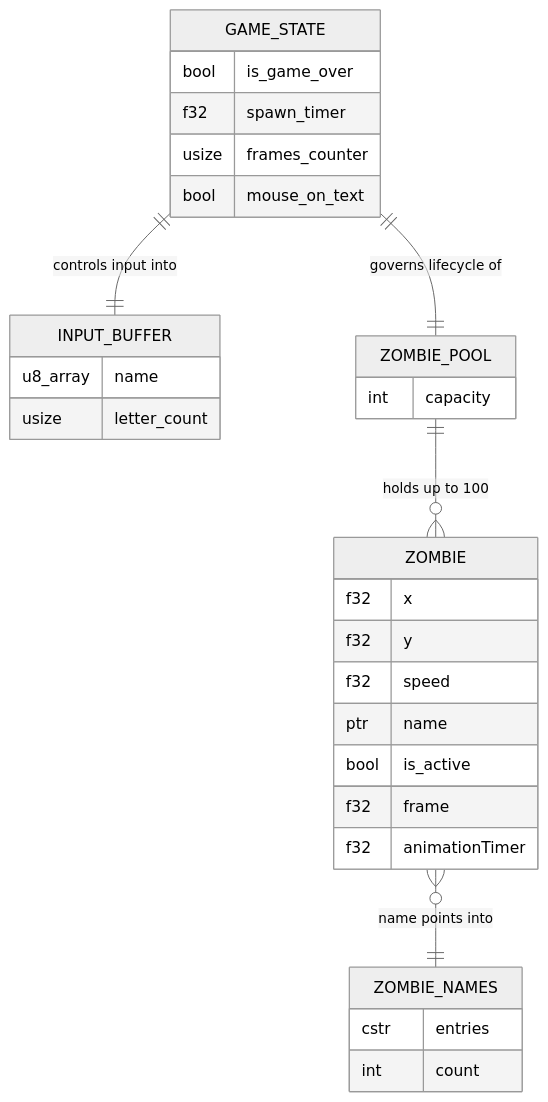
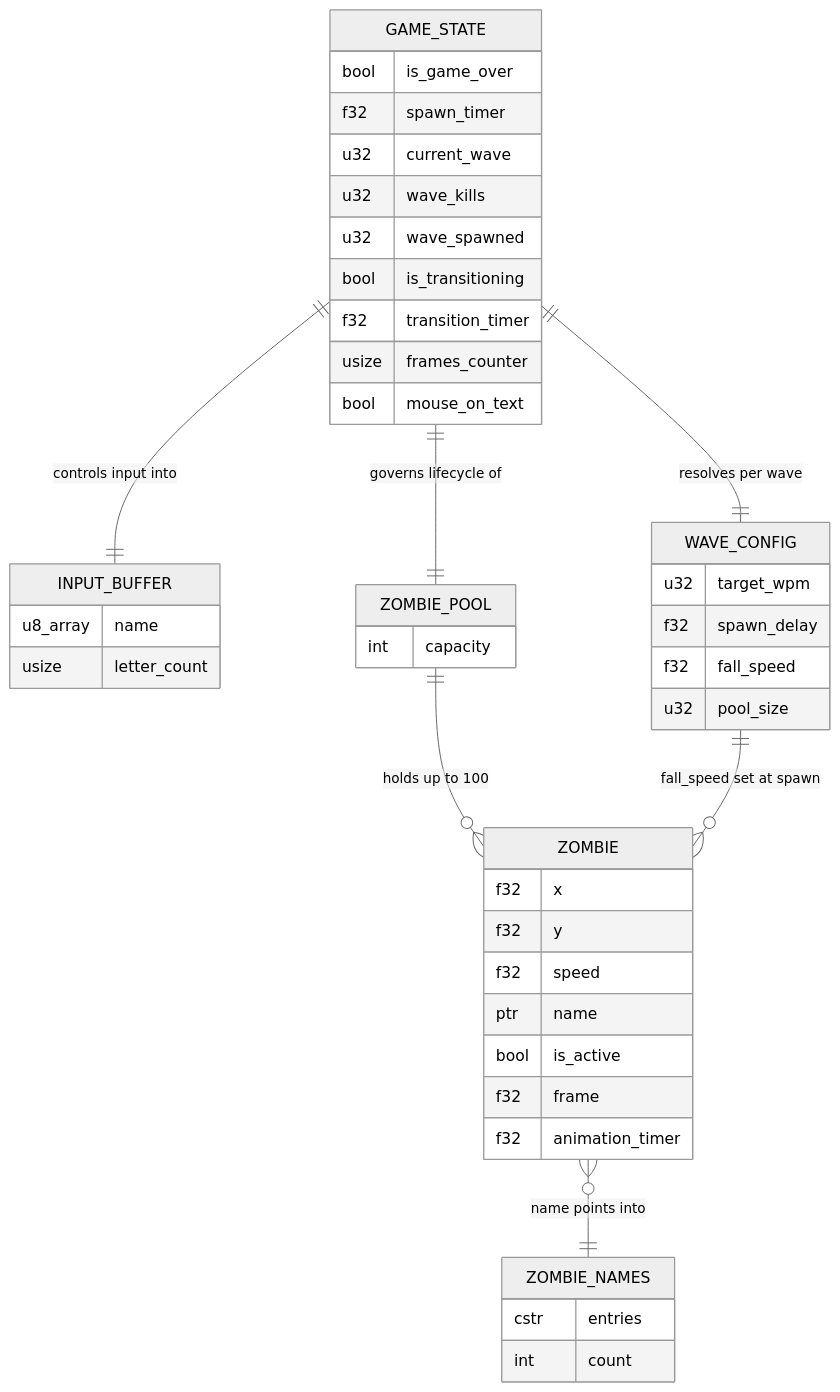
Before and after one commit to bfernandez31/death-note: the first of 3 diagrams in specs/specifications/data-model.md, drawn with Mermaid (neutral theme). The commit also changed other lines of this file and 4 other files, not shown here.

````diff
--- a/specs/specifications/data-model.md
+++ b/specs/specifications/data-model.md
@@ -40,38 +41,52 @@
 ```mermaid
 erDiagram
     GAME_STATE {
         bool is_game_over
         f32 spawn_timer
+        u32 current_wave
+        u32 wave_kills
+        u32 wave_spawned
+        bool is_transitioning
+        f32 transition_timer
         usize frames_counter
         bool mouse_on_text
     }
 
     INPUT_BUFFER {
         u8_array name
         usize letter_count
     }
 
     ZOMBIE_POOL {
         int capacity
     }
 
     ZOMBIE {
         f32 x
         f32 y
         f32 speed
         ptr name
         bool is_active
         f32 frame
-        f32 animationTimer
+        f32 animation_timer
     }
 
     ZOMBIE_NAMES {
         cstr entries
         int count
     }
 
+    WAVE_CONFIG {
+        u32 target_wpm
+        f32 spawn_delay
+        f32 fall_speed
+        u32 pool_size
+    }
+
     GAME_STATE ||--|| INPUT_BUFFER : "controls input into"
     GAME_STATE ||--|| ZOMBIE_POOL : "governs lifecycle of"
+    GAME_STATE ||--|| WAVE_CONFIG : "resolves per wave"
     ZOMBIE_POOL ||--o{ ZOMBIE : "holds up to 100"
     ZOMBIE }o--|| ZOMBIE_NAMES : "name points into"
+    WAVE_CONFIG ||--o{ ZOMBIE : "fall_speed set at spawn"
 ```
````
